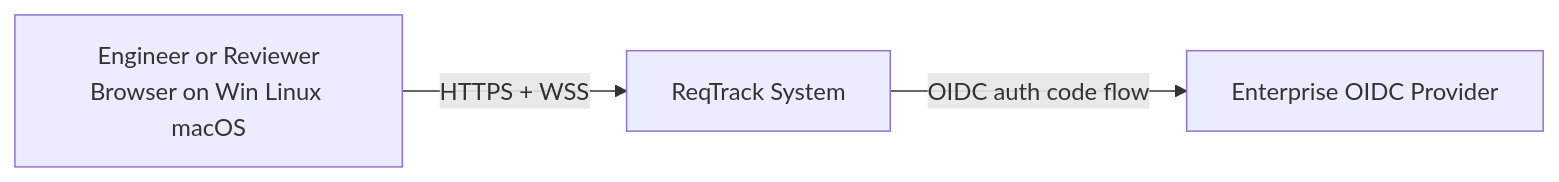
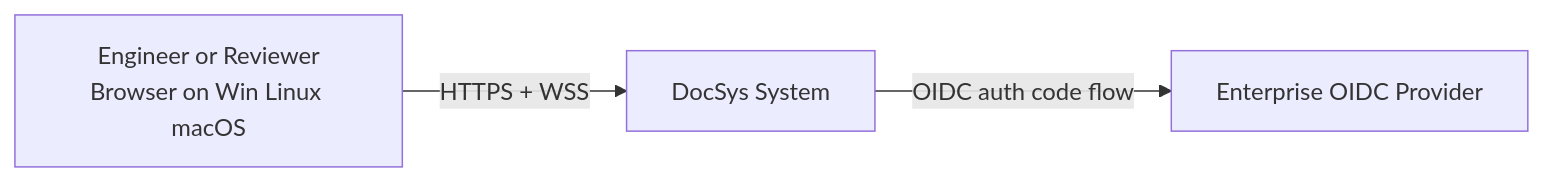
Before and after one commit to ozcanr17/docwritingapp: the first of 7 diagrams in docs/architecture/diagrams.md, drawn with Mermaid. The commit also changed 59 other files, not shown here.

First line of the commit message:
refactor: rename ReqTrack to DocSys and add proper TR/EN localization

````diff
--- a/docs/architecture/diagrams.md
+++ b/docs/architecture/diagrams.md
@@ -5,8 +5,8 @@
 ```mermaid
 flowchart LR
   user[Engineer or Reviewer\nBrowser on Win Linux macOS]
   oidc[Enterprise OIDC Provider]
-  sys[ReqTrack System]
+  sys[DocSys System]
   user -->|HTTPS + WSS| sys
   sys -->|OIDC auth code flow| oidc
 ```
````
